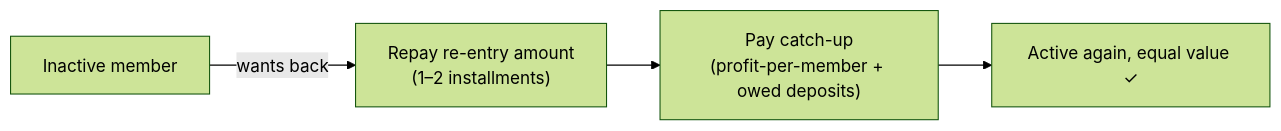
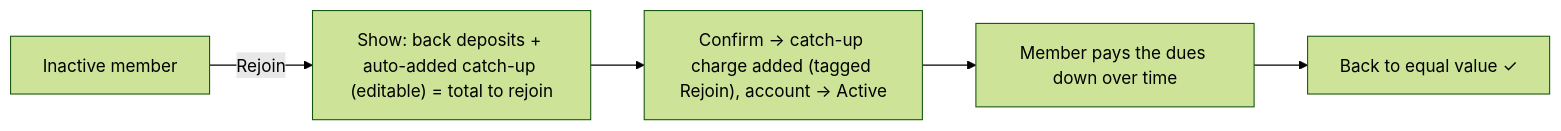
Before and after one commit to iam-hussain/peacock: diagram 11 of 13 in docs/PRODUCT.md, drawn with Mermaid (forest theme). The commit also changed other lines of this file and 4 other files, not shown here.

First line of the commit message:
Model catch-up & penalty as charges (dues) paid down over time

````diff
--- a/docs/PRODUCT.md
+++ b/docs/PRODUCT.md
@@ -465,6 +479,7 @@
 ```mermaid
 flowchart LR
-  FROZEN["Inactive member"] -->|wants back| REPAY["Repay re-entry amount<br/>(1–2 installments)"]
-  REPAY --> CU["Pay catch-up<br/>(profit-per-member + owed deposits)"]
-  CU --> ACTIVE["Active again, equal value ✓"]
+  FROZEN["Inactive member"] -->|Rejoin| FORM["Show: back deposits + auto-added catch-up (editable) = total to rejoin"]
+  FORM --> CONFIRM["Confirm → catch-up charge added (tagged Rejoin), account → Active"]
+  CONFIRM --> PAYDOWN["Member pays the dues down over time"]
+  PAYDOWN --> EQ["Back to equal value ✓"]
 ```
````
